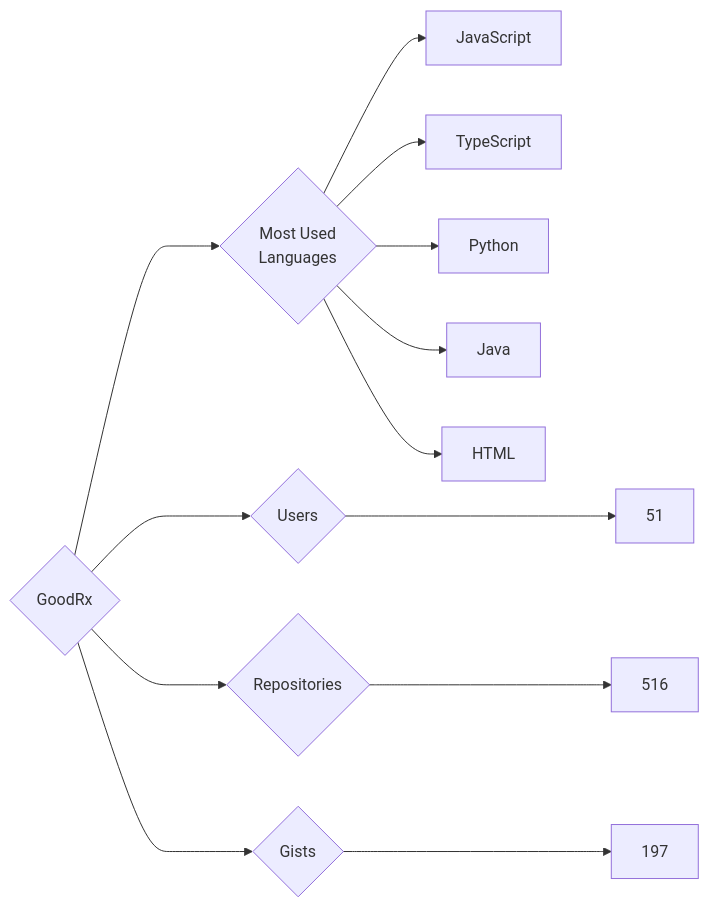
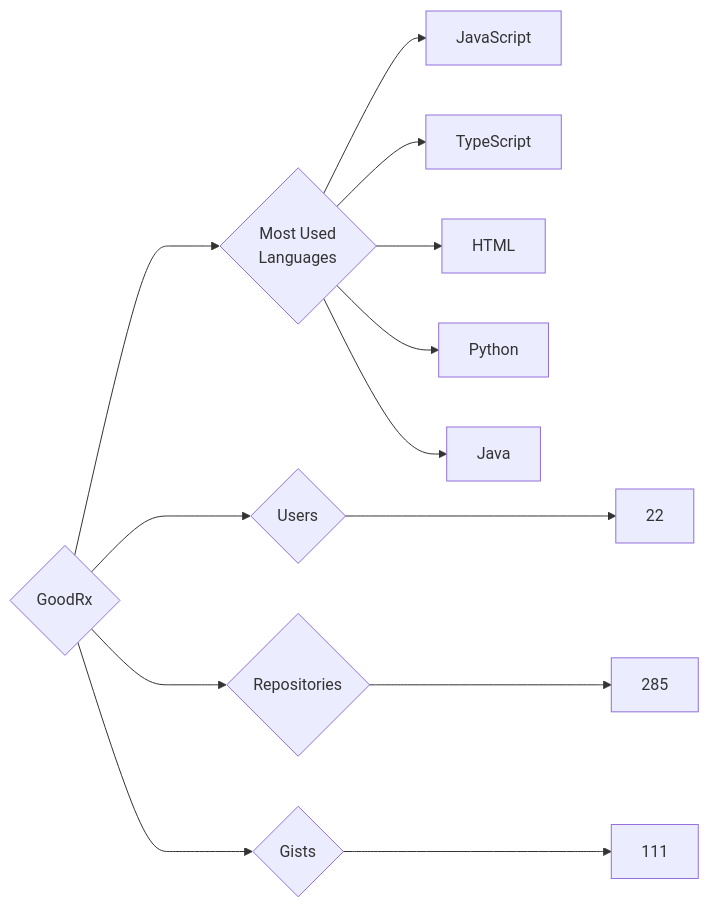
Before and after one commit to trickest/insiders: the diagram in targets/GoodRx/README.md, drawn with Mermaid. The commit also changed 682 other files, not shown here.

````diff
--- a/targets/GoodRx/README.md
+++ b/targets/GoodRx/README.md
@@ -3,13 +3,13 @@
 ```mermaid
 graph LR
 COMPANY_NAME{GoodRx}
-COMPANY_NAME ---> U{Users} ---> UN[51]
-COMPANY_NAME ---> R{Repositories} ---> RN[516]
-COMPANY_NAME ---> G{Gists} ---> GN[197]
+COMPANY_NAME ---> U{Users} ---> UN[22]
+COMPANY_NAME ---> R{Repositories} ---> RN[285]
+COMPANY_NAME ---> G{Gists} ---> GN[111]
 COMPANY_NAME ---> ML{Most Used<br>Languages}
 ML --> JavaScript[JavaScript]
 ML --> TypeScript[TypeScript]
+ML --> HTML[HTML]
 ML --> Python[Python]
 ML --> Java[Java]
-ML --> HTML[HTML]
 ```
````
